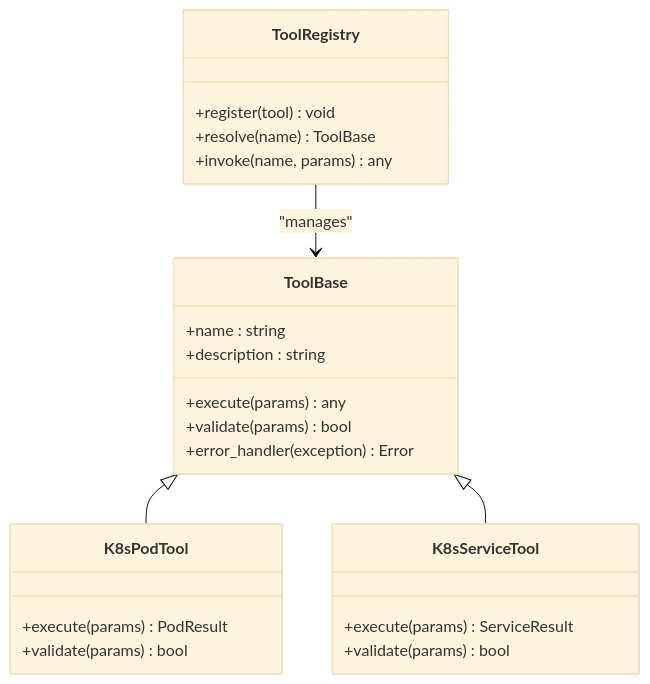
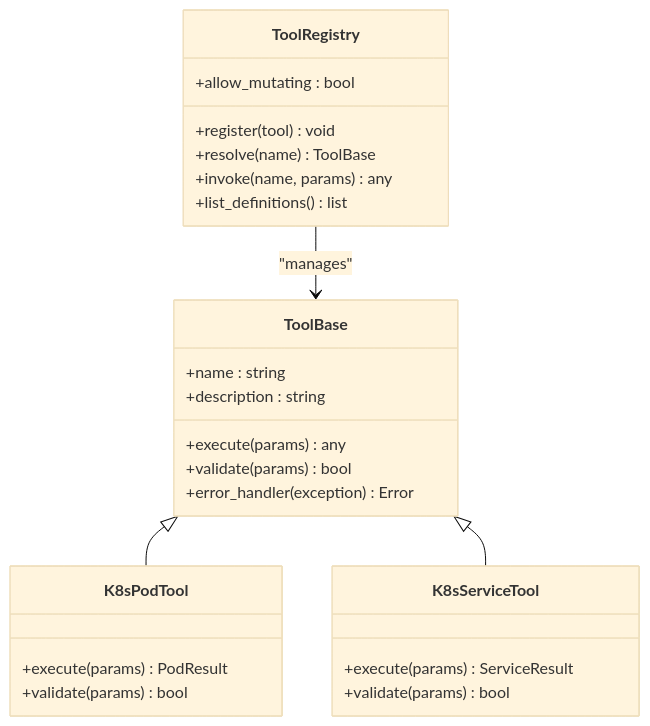
One commit to metasync/luban-aiops changed the fourth of 7 diagrams in .qoder/repowiki/en/content/Tool Gateway Service/Kubernetes Integration and Resource Management.md. Above: the diagram before and after it, drawn with Mermaid (base theme). The commit also changed other lines of this file and 43 other files, not shown here.

````diff
--- a/.qoder/repowiki/en/content/Tool Gateway Service/Kubernetes Integration and Resource Management.md
+++ b/.qoder/repowiki/en/content/Tool Gateway Service/Kubernetes Integration and Resource Management.md
@@ -168,26 +225,28 @@
 ```mermaid
 classDiagram
 class ToolBase {
 +name : string
 +description : string
 +execute(params) any
 +validate(params) bool
 +error_handler(exception) Error
 }
+class ToolRegistry {
++allow_mutating : bool
++register(tool) void
++resolve(name) ToolBase
++invoke(name, params) any
++list_definitions() list
+}
 class K8sPodTool {
 +execute(params) PodResult
 +validate(params) bool
 }
 class K8sServiceTool {
 +execute(params) ServiceResult
 +validate(params) bool
 }
-class ToolRegistry {
-+register(tool) void
-+resolve(name) ToolBase
-+invoke(name, params) any
-}
 ToolBase <|-- K8sPodTool
 ToolBase <|-- K8sServiceTool
 ToolRegistry --> ToolBase : "manages"
 ```
````
